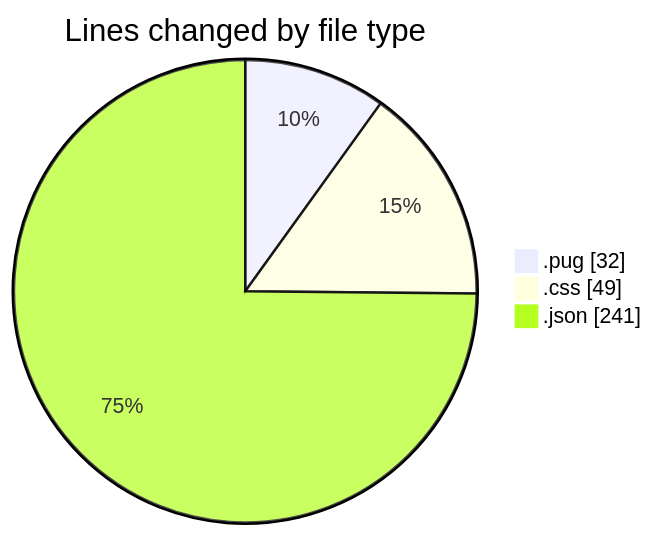
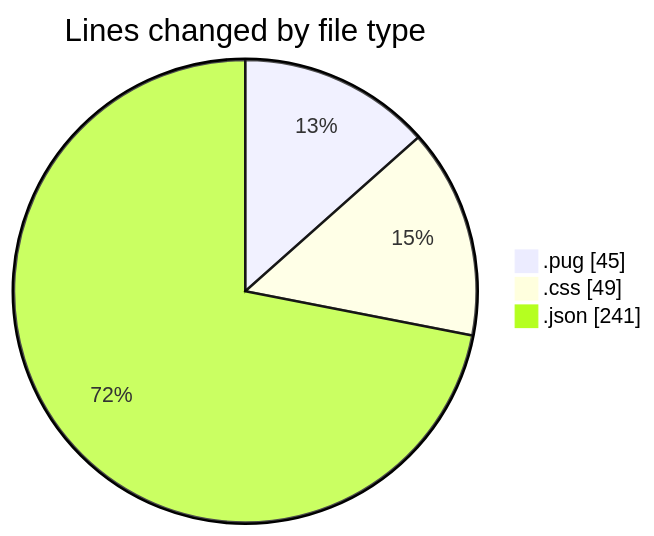
One commit to momahboobian/code-tracking changed the first of 2 diagrams in 2025-11-06/cda/README.md. Above: the diagram before and after it, drawn with Mermaid. The commit also changed other lines of this file and 1 other file, not shown here.

````diff
--- a/2025-11-06/cda/README.md
+++ b/2025-11-06/cda/README.md
@@ -23,7 +23,7 @@
 ```mermaid
 pie showData
 title Lines changed by file type
-".pug" : 32
+".pug" : 45
 ".css" : 49
 ".json" : 241
 ```
````
